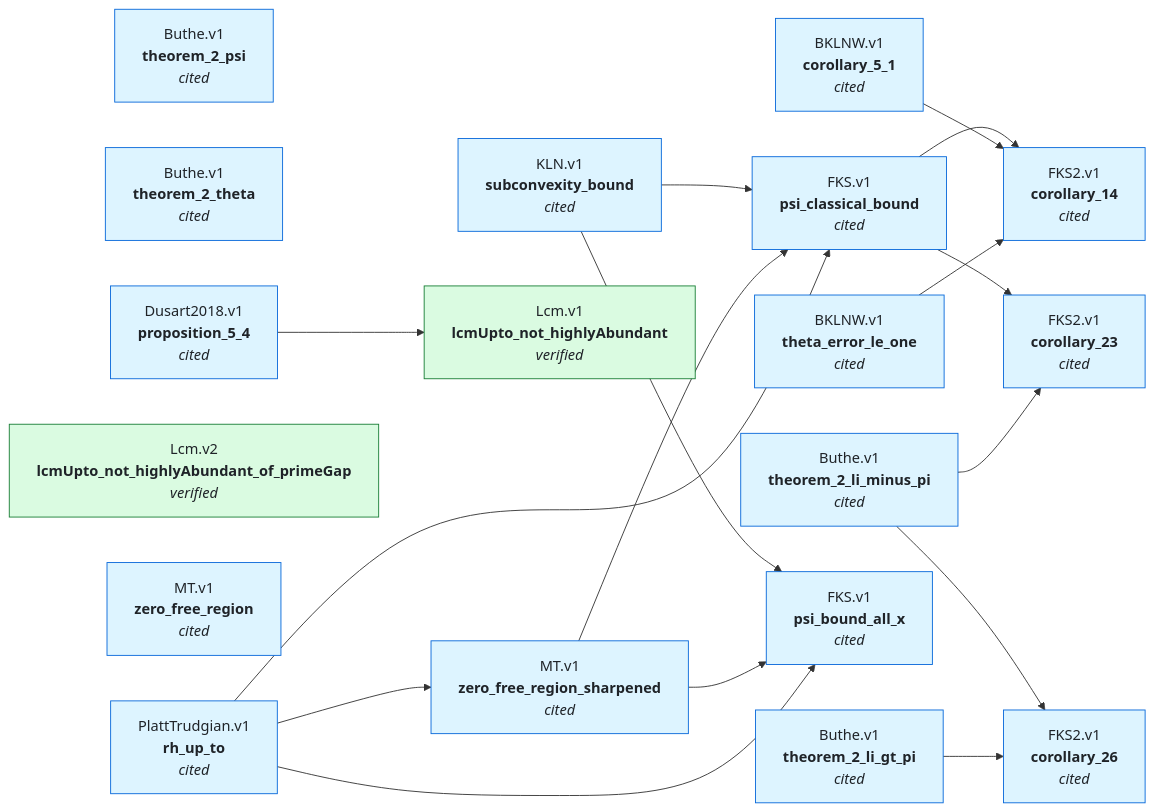
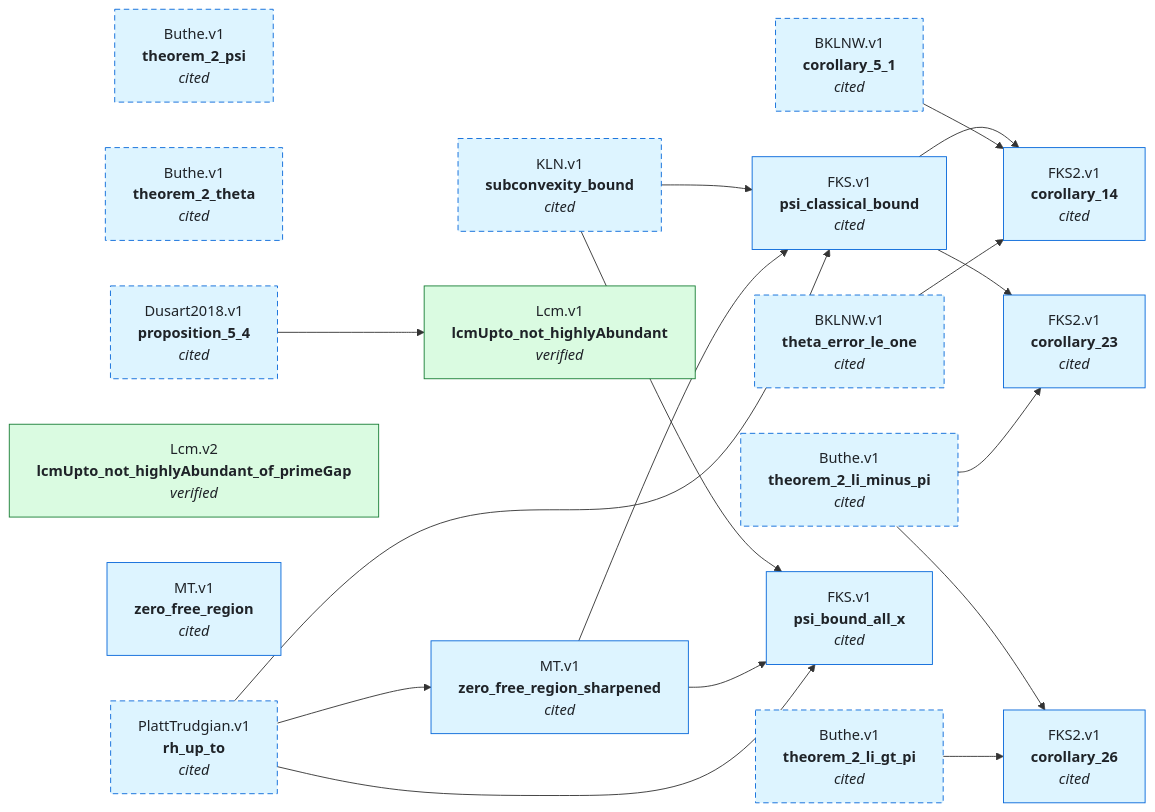
One commit to teorth/IEANTN changed the diagram in GRAPH.md. Above: the diagram before and after it, drawn with Mermaid. The commit also changed other lines of this file and 10 other files, not shown here.

````diff
--- a/GRAPH.md
+++ b/GRAPH.md
@@ -13,40 +18,49 @@
 ```mermaid
 graph LR
   BKLNW_v1_corollary_5_1["BKLNW.v1<br/><b>corollary_5_1</b><br/><i>cited</i>"]
   BKLNW_v1_theta_error_le_one["BKLNW.v1<br/><b>theta_error_le_one</b><br/><i>cited</i>"]
   Buthe_v1_theorem_2_li_gt_pi["Buthe.v1<br/><b>theorem_2_li_gt_pi</b><br/><i>cited</i>"]
   Buthe_v1_theorem_2_li_minus_pi["Buthe.v1<br/><b>theorem_2_li_minus_pi</b><br/><i>cited</i>"]
   Buthe_v1_theorem_2_psi["Buthe.v1<br/><b>theorem_2_psi</b><br/><i>cited</i>"]
   Buthe_v1_theorem_2_theta["Buthe.v1<br/><b>theorem_2_theta</b><br/><i>cited</i>"]
   Dusart2018_v1_proposition_5_4["Dusart2018.v1<br/><b>proposition_5_4</b><br/><i>cited</i>"]
   FKS_v1_psi_bound_all_x["FKS.v1<br/><b>psi_bound_all_x</b><br/><i>cited</i>"]
   FKS_v1_psi_classical_bound["FKS.v1<br/><b>psi_classical_bound</b><br/><i>cited</i>"]
   FKS2_v1_corollary_14["FKS2.v1<br/><b>corollary_14</b><br/><i>cited</i>"]
   FKS2_v1_corollary_23["FKS2.v1<br/><b>corollary_23</b><br/><i>cited</i>"]
   FKS2_v1_corollary_26["FKS2.v1<br/><b>corollary_26</b><br/><i>cited</i>"]
   KLN_v1_subconvexity_bound["KLN.v1<br/><b>subconvexity_bound</b><br/><i>cited</i>"]
   Lcm_v1_lcmUpto_not_highlyAbundant["Lcm.v1<br/><b>lcmUpto_not_highlyAbundant</b><br/><i>verified</i>"]
   Lcm_v2_lcmUpto_not_highlyAbundant_of_primeGap["Lcm.v2<br/><b>lcmUpto_not_highlyAbundant_of_primeGap</b><br/><i>verified</i>"]
   MT_v1_zero_free_region["MT.v1<br/><b>zero_free_region</b><br/><i>cited</i>"]
   MT_v1_zero_free_region_sharpened["MT.v1<br/><b>zero_free_region_sharpened</b><br/><i>cited</i>"]
   PlattTrudgian_v1_rh_up_to["PlattTrudgian.v1<br/><b>rh_up_to</b><br/><i>cited</i>"]
   KLN_v1_subconvexity_bound --> FKS_v1_psi_bound_all_x
   MT_v1_zero_free_region_sharpened --> FKS_v1_psi_bound_all_x
   PlattTrudgian_v1_rh_up_to --> FKS_v1_psi_bound_all_x
   KLN_v1_subconvexity_bound --> FKS_v1_psi_classical_bound
   MT_v1_zero_free_region_sharpened --> FKS_v1_psi_classical_bound
   PlattTrudgian_v1_rh_up_to --> FKS_v1_psi_classical_bound
   FKS_v1_psi_classical_bound --> FKS2_v1_corollary_14
   BKLNW_v1_corollary_5_1 --> FKS2_v1_corollary_14
   BKLNW_v1_theta_error_le_one --> FKS2_v1_corollary_14
   FKS_v1_psi_classical_bound --> FKS2_v1_corollary_23
   Buthe_v1_theorem_2_li_minus_pi --> FKS2_v1_corollary_23
   Buthe_v1_theorem_2_li_minus_pi --> FKS2_v1_corollary_26
   Buthe_v1_theorem_2_li_gt_pi --> FKS2_v1_corollary_26
   Dusart2018_v1_proposition_5_4 --> Lcm_v1_lcmUpto_not_highlyAbundant
   PlattTrudgian_v1_rh_up_to --> MT_v1_zero_free_region_sharpened
+  style BKLNW_v1_corollary_5_1 stroke-dasharray: 6 4;
+  style BKLNW_v1_theta_error_le_one stroke-dasharray: 6 4;
+  style Buthe_v1_theorem_2_li_gt_pi stroke-dasharray: 6 4;
+  style Buthe_v1_theorem_2_li_minus_pi stroke-dasharray: 6 4;
+  style Buthe_v1_theorem_2_psi stroke-dasharray: 6 4;
+  style Buthe_v1_theorem_2_theta stroke-dasharray: 6 4;
+  style Dusart2018_v1_proposition_5_4 stroke-dasharray: 6 4;
+  style KLN_v1_subconvexity_bound stroke-dasharray: 6 4;
+  style PlattTrudgian_v1_rh_up_to stroke-dasharray: 6 4;
   classDef lean_comparator fill:#dafbe1,stroke:#1a7f37,color:#1f2328;
   classDef literature fill:#ddf4ff,stroke:#0969da,color:#1f2328;
   class Lcm_v1_lcmUpto_not_highlyAbundant,Lcm_v2_lcmUpto_not_highlyAbundant_of_primeGap lean_comparator;
   class BKLNW_v1_corollary_5_1,BKLNW_v1_theta_error_le_one,Buthe_v1_theorem_2_li_gt_pi,Buthe_v1_theorem_2_li_minus_pi,Buthe_v1_theorem_2_psi,Buthe_v1_theorem_2_theta,Dusart2018_v1_proposition_5_4,FKS_v1_psi_bound_all_x,FKS_v1_psi_classical_bound,FKS2_v1_corollary_14,FKS2_v1_corollary_23,FKS2_v1_corollary_26,KLN_v1_subconvexity_bound,MT_v1_zero_free_region,MT_v1_zero_free_region_sharpened,PlattTrudgian_v1_rh_up_to literature;
 ```
````
